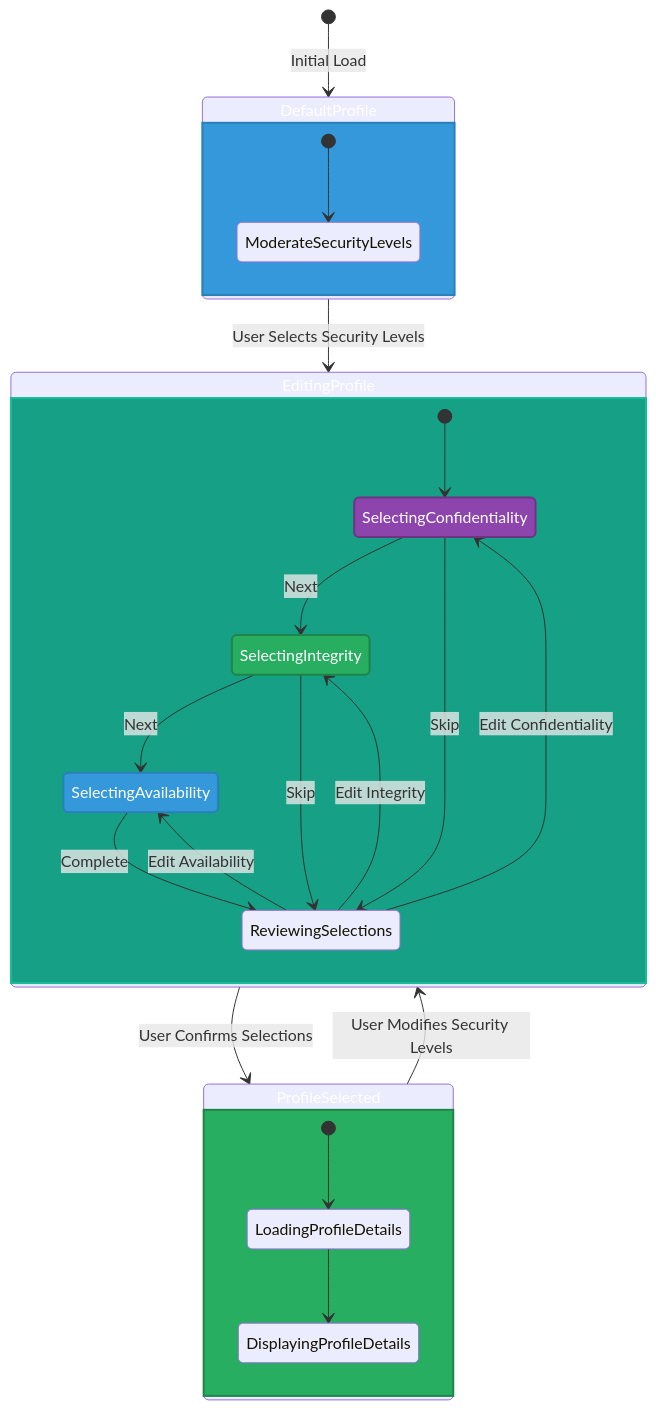
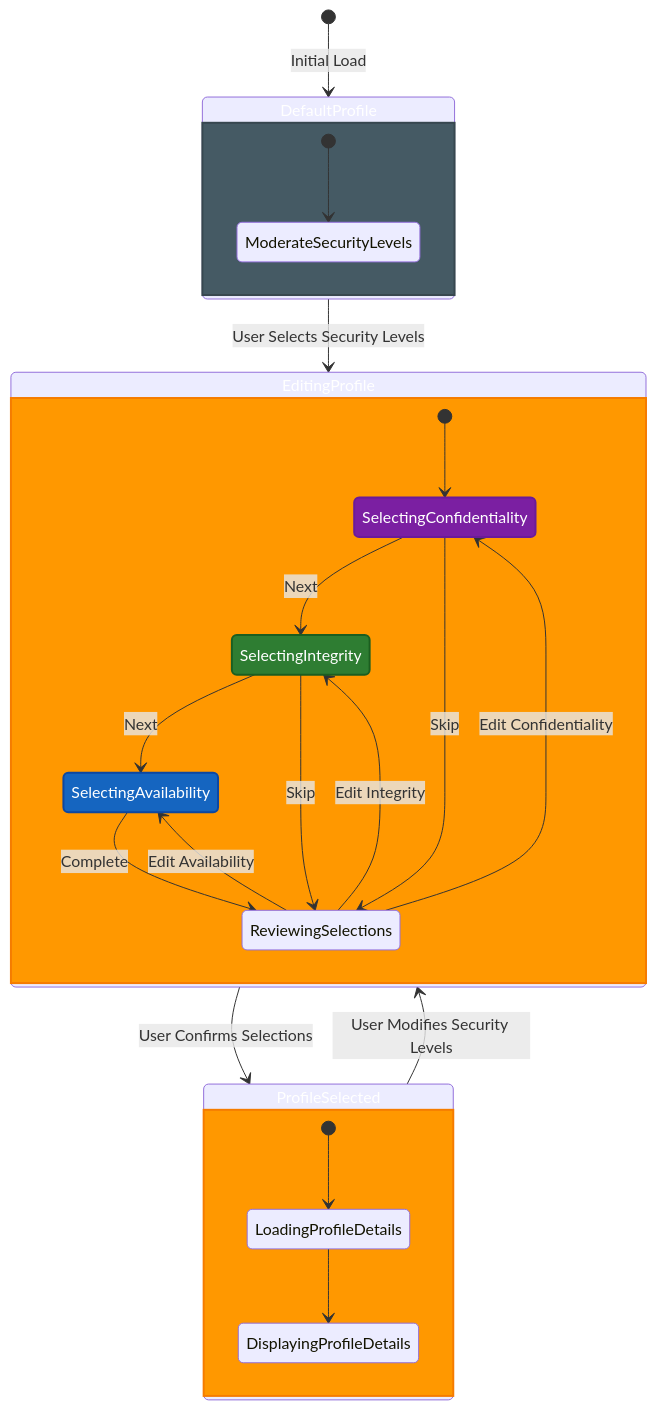
Before and after one commit to step-security-bot/cia-compliance-manager: diagram 11 of 11 in docs/architecture/STATEDIAGRAM.md, drawn with Mermaid. The commit also changed other lines of this file and 27 other files, not shown here.

First line of the commit message:
fix: resolve broken mermaid diagrams and improve color coding to match ISMS style guide (#1106)

````diff
--- a/docs/architecture/STATEDIAGRAM.md
+++ b/docs/architecture/STATEDIAGRAM.md
@@ -983,47 +983,47 @@
 ```mermaid
 stateDiagram-v2
     [*] --> DefaultProfile: Initial Load
     
     state DefaultProfile {
         [*] --> ModerateSecurityLevels
     }
     
     DefaultProfile --> EditingProfile: User Selects Security Levels
     
     state EditingProfile {
         [*] --> SelectingConfidentiality
         SelectingConfidentiality --> SelectingIntegrity: Next
         SelectingIntegrity --> SelectingAvailability: Next
         SelectingAvailability --> ReviewingSelections: Complete
         
         SelectingConfidentiality --> ReviewingSelections: Skip
         SelectingIntegrity --> ReviewingSelections: Skip
         
         ReviewingSelections --> SelectingConfidentiality: Edit Confidentiality
         ReviewingSelections --> SelectingIntegrity: Edit Integrity
         ReviewingSelections --> SelectingAvailability: Edit Availability
     }
     
     EditingProfile --> ProfileSelected: User Confirms Selections
     
     state ProfileSelected {
         [*] --> LoadingProfileDetails
         LoadingProfileDetails --> DisplayingProfileDetails
     }
     
     ProfileSelected --> EditingProfile: User Modifies Security Levels
     
-    classDef defaultState fill:#3498db,stroke:#2980b9,stroke-width:2px,color:white
-    classDef editing fill:#16a085,stroke:#1abc9c,stroke-width:2px,color:white
-    classDef selected fill:#27ae60,stroke:#1e8449,stroke-width:2px,color:white
-    classDef confidentiality fill:#8e44ad,stroke:#6c3483,stroke-width:2px,color:white
-    classDef integrity fill:#27ae60,stroke:#1e8449,stroke-width:2px,color:white
-    classDef availability fill:#3498db,stroke:#2980b9,stroke-width:2px,color:white
+    classDef defaultState fill:#455A64,stroke:#37474F,stroke-width:2px,color:#ffffff
+    classDef editing fill:#FF9800,stroke:#F57C00,stroke-width:2px,color:#ffffff
+    classDef selected fill:#FF9800,stroke:#F57C00,stroke-width:2px,color:#ffffff
+    classDef confidentiality fill:#7B1FA2,stroke:#6A1B9A,stroke-width:2px,color:#ffffff
+    classDef integrity fill:#2E7D32,stroke:#1B5E20,stroke-width:2px,color:#ffffff
+    classDef availability fill:#1565C0,stroke:#0D47A1,stroke-width:2px,color:#ffffff
     
     class DefaultProfile defaultState
     class EditingProfile editing
     class ProfileSelected selected
     class SelectingConfidentiality confidentiality
     class SelectingIntegrity integrity
     class SelectingAvailability availability
 ```
````
